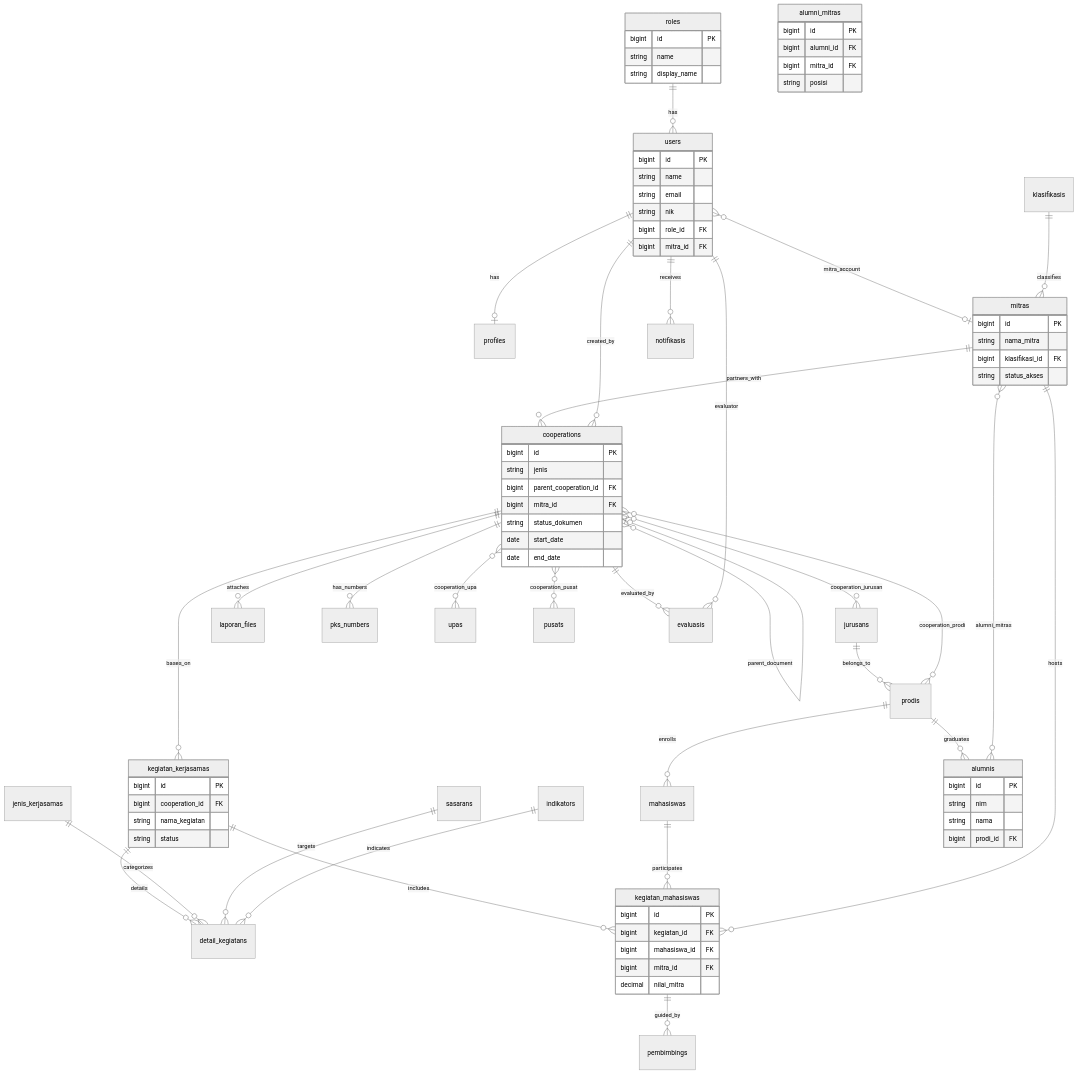
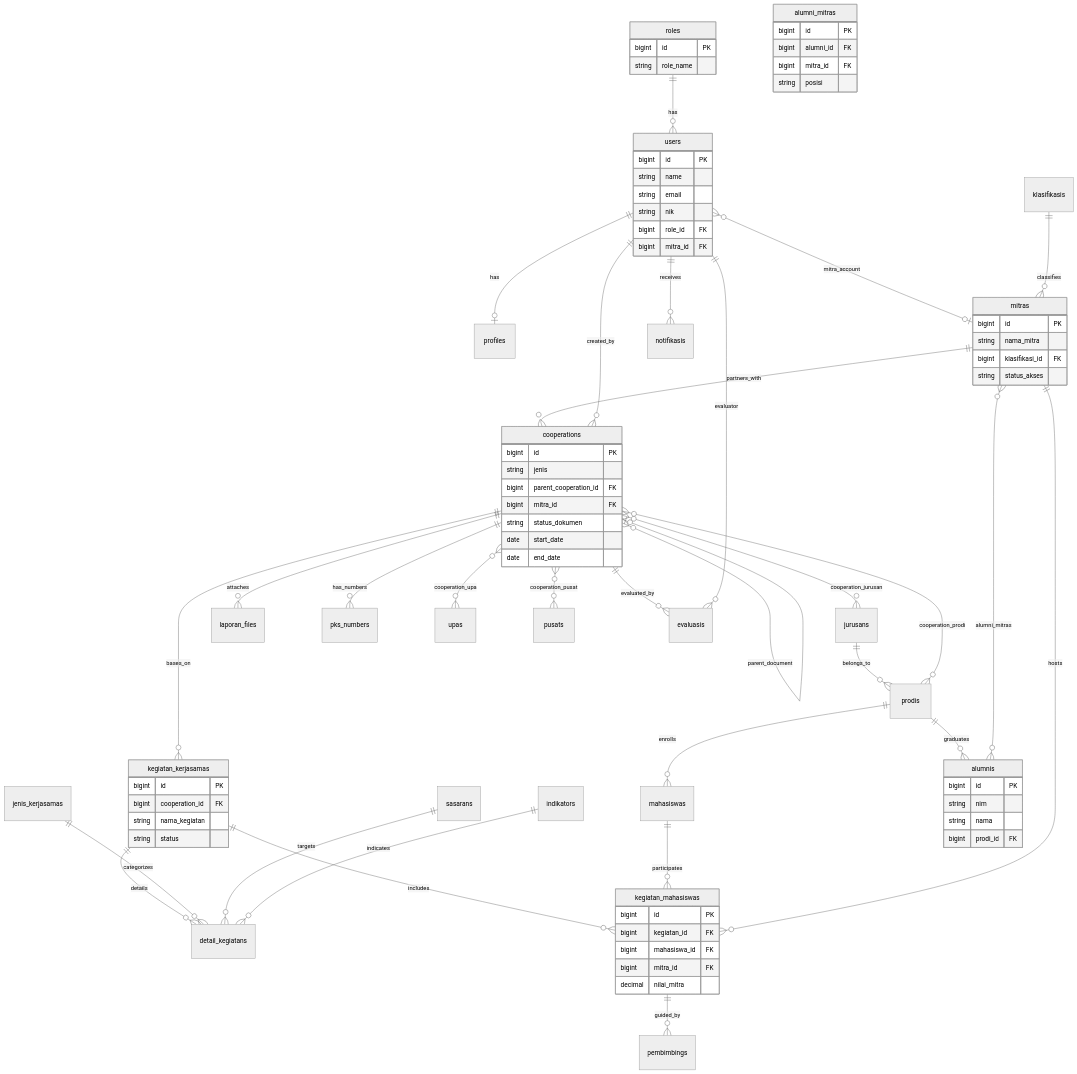
The diagram in pengembangan-sistem/analysis-erd.md (billiampalad/wd4), drawn with Mermaid (neutral theme) before and after one commit. The commit also changed other lines of this file and 3 other files, not shown here.

```diff
--- a/pengembangan-sistem/analysis-erd.md
+++ b/pengembangan-sistem/analysis-erd.md
@@ -122,8 +122,7 @@
     %% ==========================================
     roles {
         bigint id PK
-        string name
-        string display_name
+        string role_name
     }
 
     users {
```
